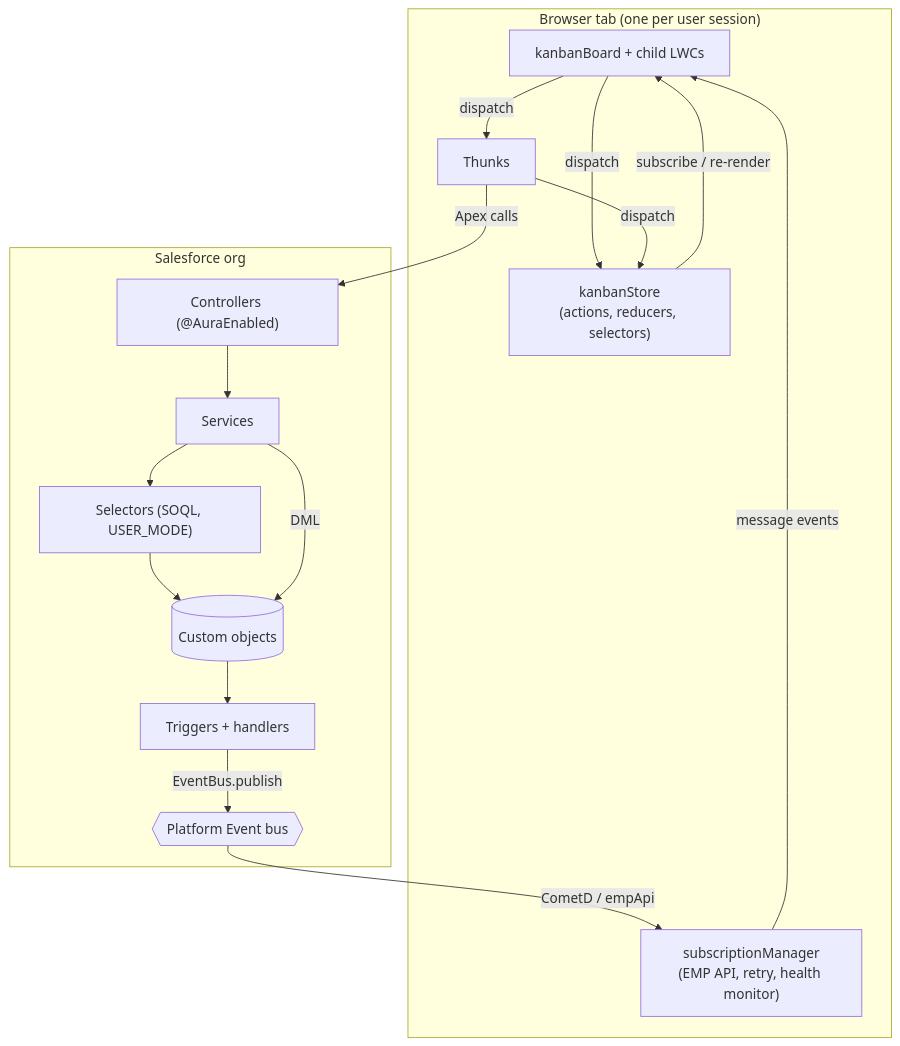
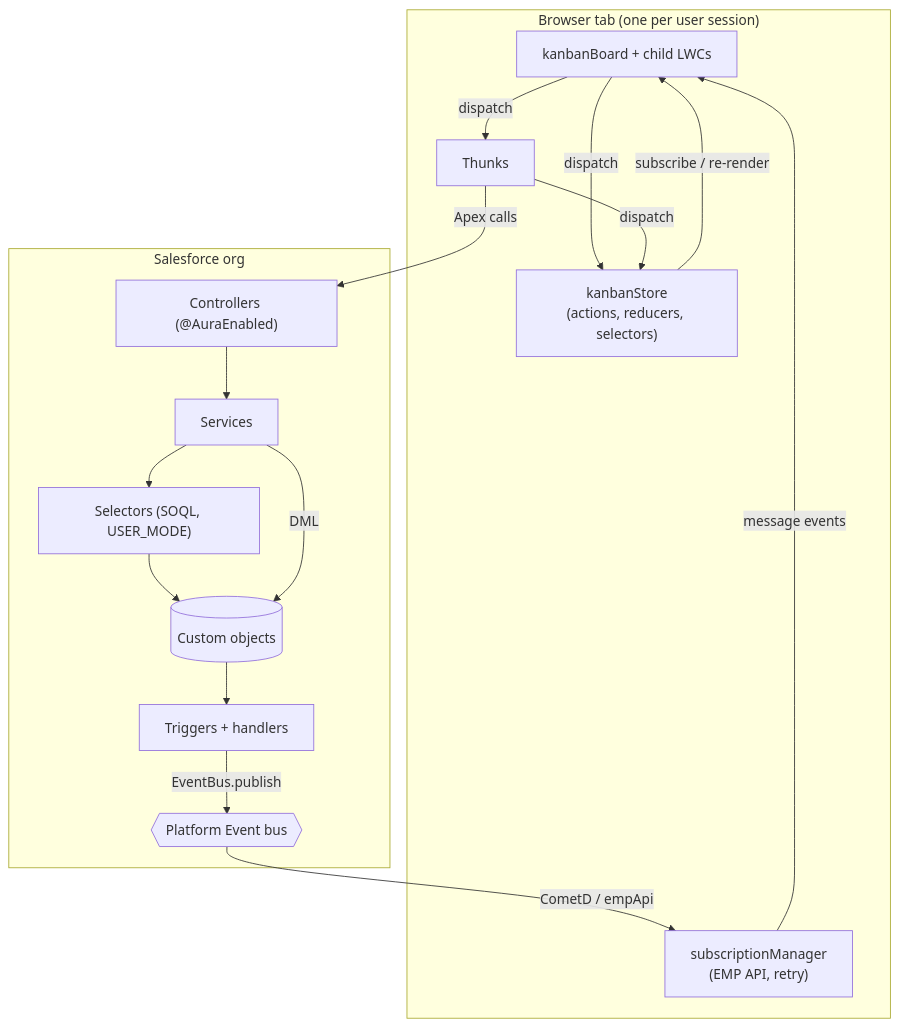
One commit to OpenSystemsFoundation/alex-app changed the first of 3 diagrams in docs/ARCHITECTURE.md. Above: the diagram before and after it, drawn with Mermaid. The commit also changed other lines of this file and 5 other files, not shown here.

Commit message:
refactor(subscriptionManager): remove event health monitoring and adjust connection handling for idle boards

````diff
--- a/docs/ARCHITECTURE.md
+++ b/docs/ARCHITECTURE.md
@@ -41,30 +41,30 @@
 ```mermaid
 flowchart TB
     subgraph Browser["Browser tab (one per user session)"]
         UI["kanbanBoard + child LWCs"]
         Store["kanbanStore<br/>(actions, reducers, selectors)"]
         Thunks["Thunks"]
-        Sub["subscriptionManager<br/>(EMP API, retry, health monitor)"]
+        Sub["subscriptionManager<br/>(EMP API, retry)"]
         UI -- "dispatch" --> Store
         UI -- "dispatch" --> Thunks
         Thunks -- "dispatch" --> Store
         Store -- "subscribe / re-render" --> UI
         Sub -- "message events" --> UI
     end
 
     subgraph Platform["Salesforce org"]
         Ctrl["Controllers (@AuraEnabled)"]
         Svc["Services"]
         Sel["Selectors (SOQL, USER_MODE)"]
         Obj[("Custom objects")]
         Trg["Triggers + handlers"]
         Bus{{"Platform Event bus"}}
         Ctrl --> Svc --> Sel --> Obj
         Svc -- "DML" --> Obj
         Obj --> Trg
         Trg -- "EventBus.publish" --> Bus
     end
 
     Thunks -- "Apex calls" --> Ctrl
     Bus -- "CometD / empApi" --> Sub
 ```
````
